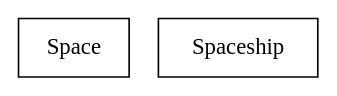
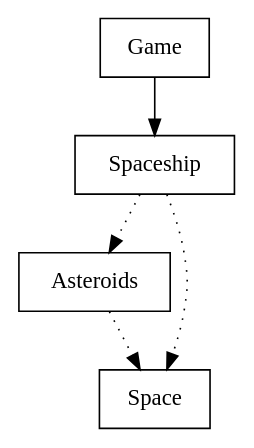
The diagram in SpaceshipsAndAsteroids/bdp/SpaceshipsAndAsteroids.dot (ayesh99747/RAP-CW1), drawn with Graphviz before and after one commit. The commit also changed 8 other files, not shown here.

Commit message:
Added code for Space and Asteroids.

```diff
--- a/SpaceshipsAndAsteroids/bdp/SpaceshipsAndAsteroids.dot
+++ b/SpaceshipsAndAsteroids/bdp/SpaceshipsAndAsteroids.dot
@@ -1,5 +1,11 @@
 digraph {
+Asteroids [ label=" Asteroids " shape= box ]
+Game [ label=" Game " shape= box ]
 Space [ label=" Space " shape= box ]
 Spaceship [ label=" Spaceship " shape= box ]
 
+"Asteroids" -> "Space" [style= dotted ]
+"Game" -> "Spaceship" []
+"Spaceship" -> "Space" [style= dotted ]
+"Spaceship" -> "Asteroids" [style= dotted ]
 }
```
